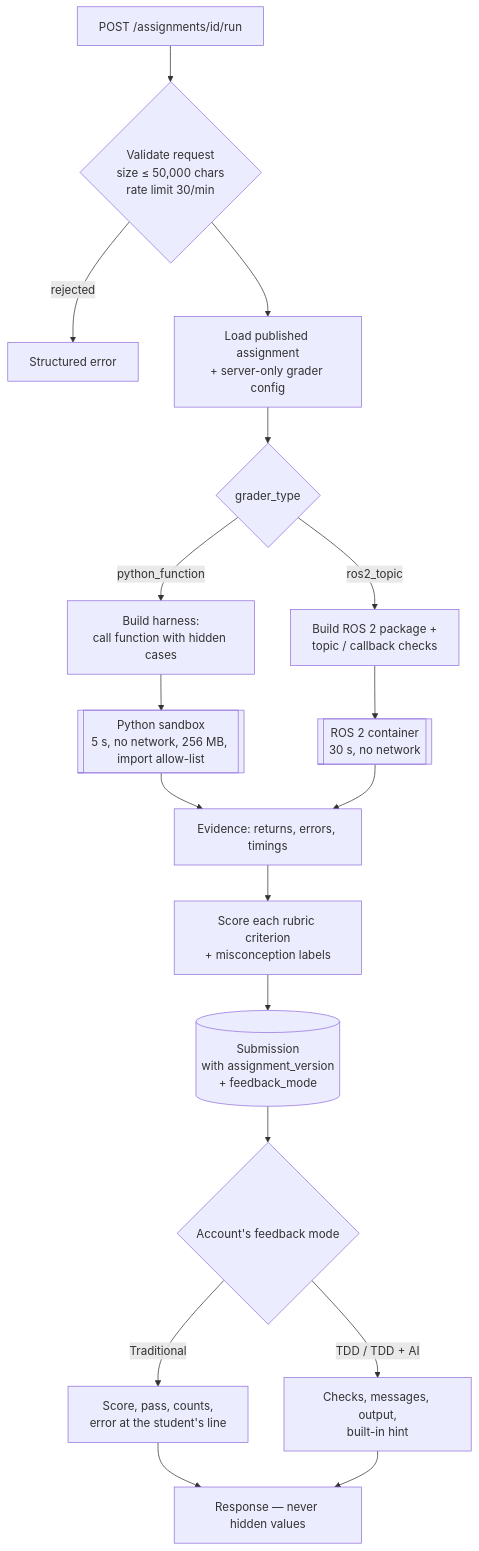
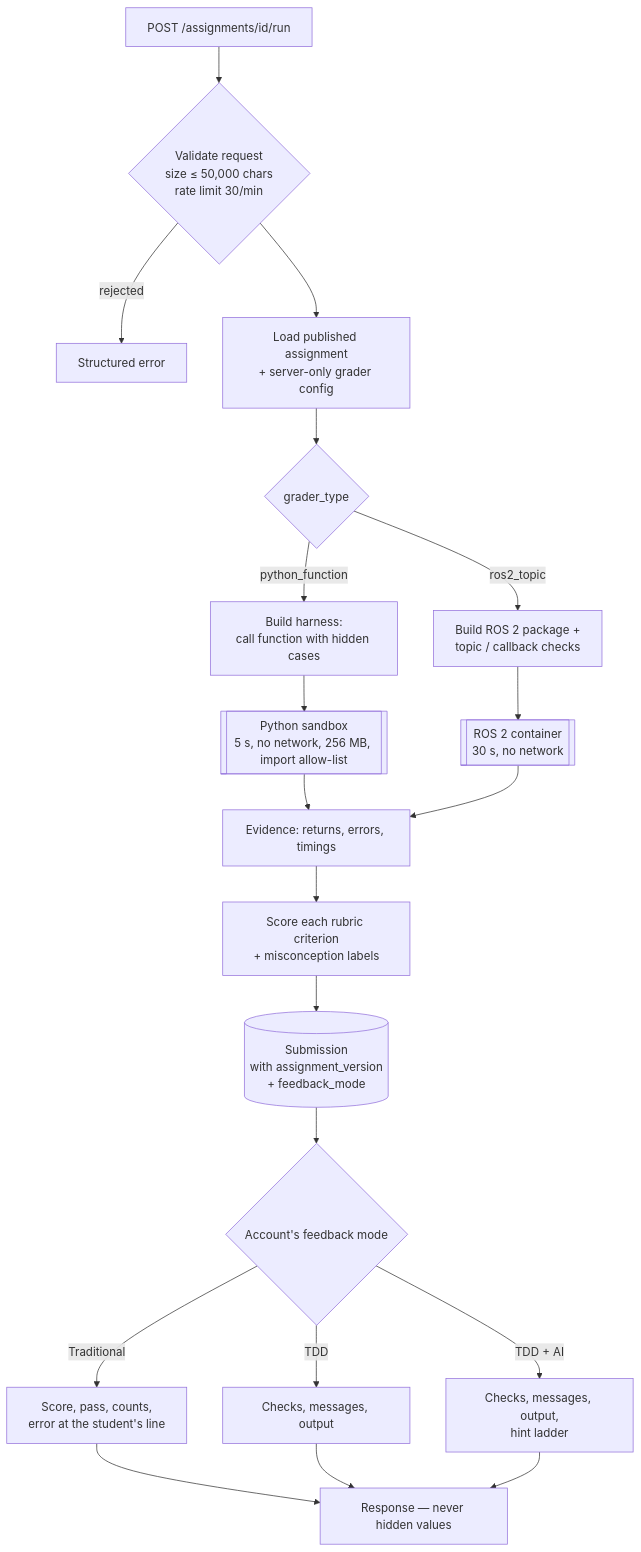
Before and after one commit to CS-Ponkoj/Robotics-Programming-Lab-Live: the second of 2 diagrams in docs/system-architecture/TRD.md, drawn with Mermaid. The commit also changed 9 other files, not shown here.

First line of the commit message:
Give the TDD feedback mode test feedback without hints

````diff
--- a/docs/system-architecture/TRD.md
+++ b/docs/system-architecture/TRD.md
@@ -79,20 +79,22 @@
 ```mermaid
 flowchart TD
     REQ[POST /assignments/id/run] --> V{Validate request<br/>size ≤ 50,000 chars<br/>rate limit 30/min}
     V -- rejected --> E1[Structured error]
     V --> LOAD[Load published assignment<br/>+ server-only grader config]
     LOAD --> PICK{grader_type}
     PICK -->|python_function| PF[Build harness:<br/>call function with hidden cases]
     PICK -->|ros2_topic| RT[Build ROS 2 package +<br/>topic / callback checks]
     PF --> SBX[[Python sandbox<br/>5 s, no network, 256 MB, import allow-list]]
     RT --> RBX[[ROS 2 container<br/>30 s, no network]]
     SBX --> EV[Evidence: returns, errors, timings]
     RBX --> EV
     EV --> SCORE[Score each rubric criterion<br/>+ misconception labels]
     SCORE --> SAVE[(Submission<br/>with assignment_version<br/>+ feedback_mode)]
     SAVE --> MODE{Account's feedback mode}
     MODE -->|Traditional| RT1[Score, pass, counts,<br/>error at the student's line]
-    MODE -->|TDD / TDD + AI| RT2[Checks, messages, output,<br/>built-in hint]
+    MODE -->|TDD| RT2[Checks, messages, output]
+    MODE -->|TDD + AI| RT3[Checks, messages, output,<br/>hint ladder]
     RT1 --> RESP[Response — never hidden values]
     RT2 --> RESP
+    RT3 --> RESP
 ```
````
